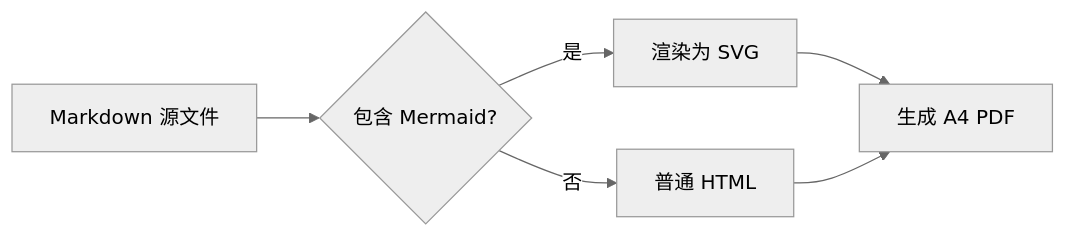
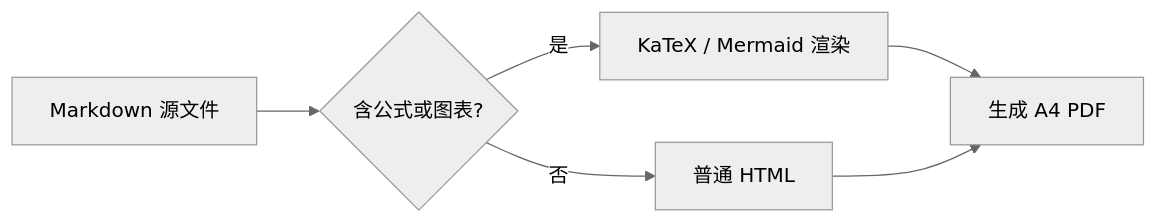
Before and after one commit to xxxand/academic-markdown-css: the diagram in example.md, drawn with Mermaid (neutral theme). The commit also changed other lines of this file and 11 other files, not shown here.

````diff
--- a/example.md
+++ b/example.md
@@ -174,8 +129,8 @@
 ```mermaid
 flowchart LR
-    A[Markdown 源文件] --> B{包含 Mermaid?}
-    B -- 是 --> C[渲染为 SVG]
+    A[Markdown 源文件] --> B{含公式或图表?}
+    B -- 是 --> C[KaTeX / Mermaid 渲染]
     B -- 否 --> D[普通 HTML]
     C --> E[生成 A4 PDF]
     D --> E
 ```
````
